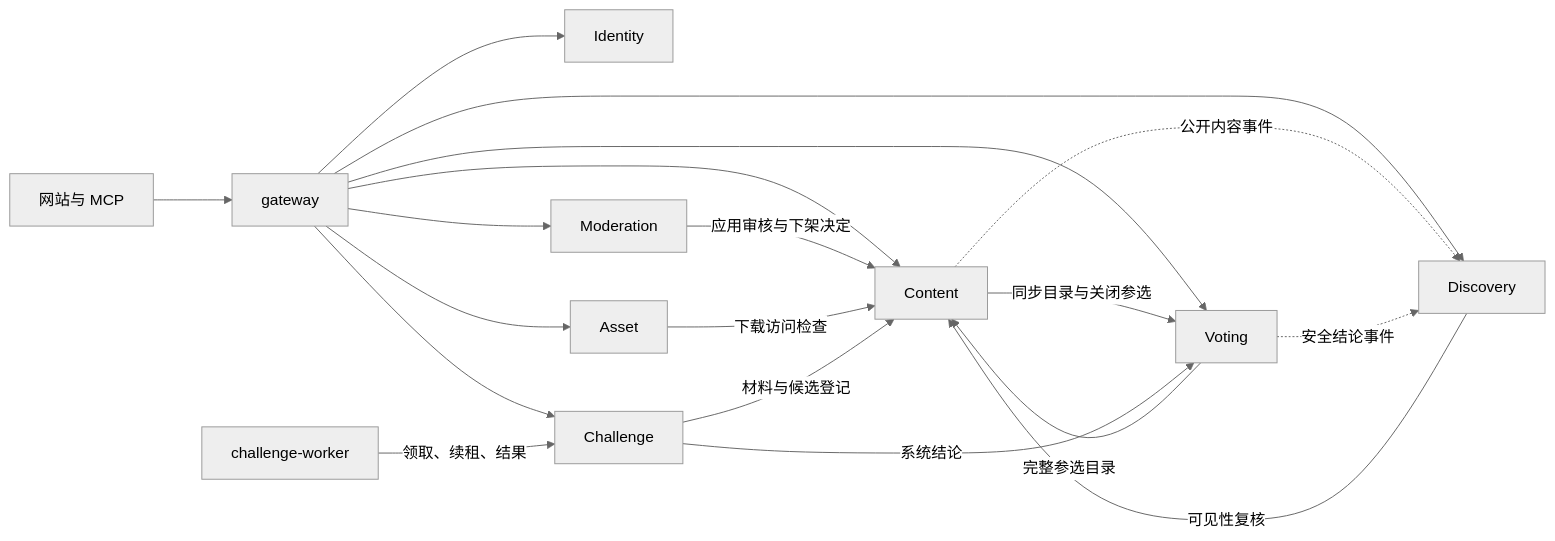
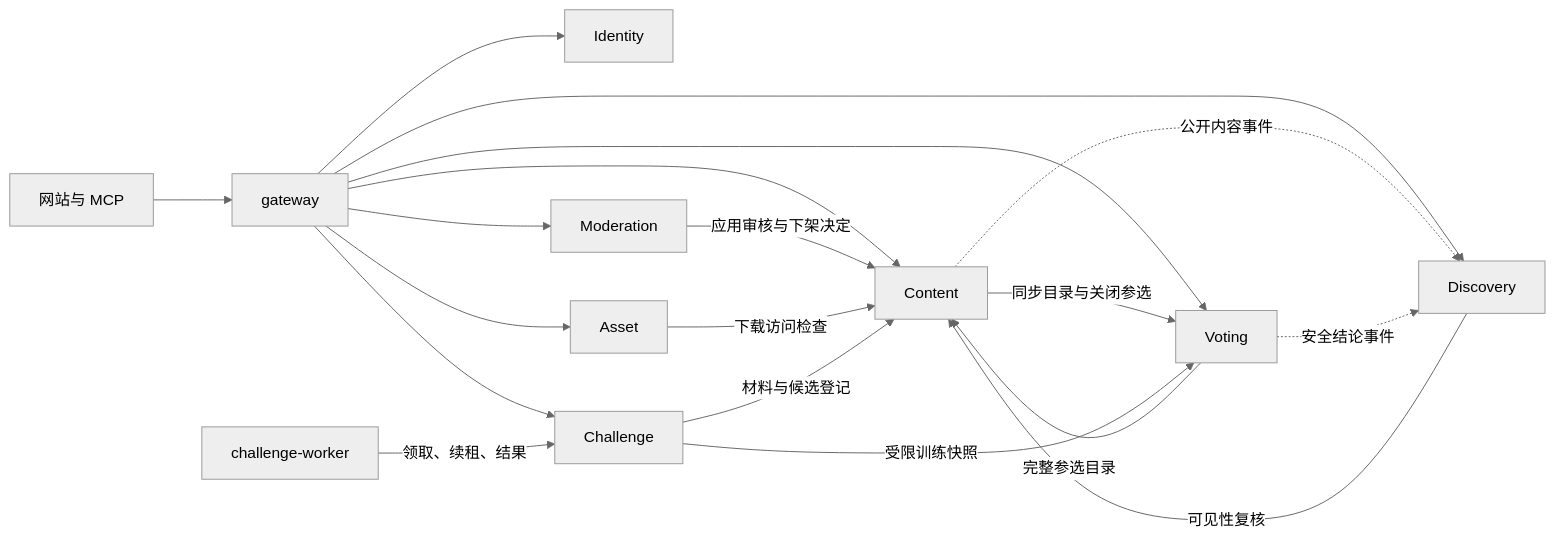
Before and after one commit to CHERRYYYep/human-worth: the diagram in docs/backend-architecture.md, drawn with Mermaid (neutral theme). The commit also changed other lines of this file and 77 other files, not shown here.

````diff
--- a/docs/backend-architecture.md
+++ b/docs/backend-architecture.md
@@ -46,21 +48,21 @@
 ```mermaid
 flowchart LR
     Client[网站与 MCP] --> Gateway[gateway]
     Gateway --> Identity[Identity]
     Gateway --> Content[Content]
     Gateway --> Asset[Asset]
     Gateway --> Voting[Voting]
     Gateway --> Moderation[Moderation]
     Gateway --> Challenge[Challenge]
     Gateway --> Discovery[Discovery]
     Moderation -->|应用审核与下架决定| Content
     Asset -->|下载访问检查| Content
     Voting -->|完整参选目录| Content
     Content -->|同步目录与关闭参选| Voting
     Challenge -->|材料与候选登记| Content
-    Challenge -->|系统结论| Voting
+    Challenge -->|受限训练快照| Voting
     Worker[challenge-worker] -->|领取、续租、结果| Challenge
     Content -.->|公开内容事件| Discovery
     Voting -.->|安全结论事件| Discovery
     Discovery -->|可见性复核| Content
 ```
````
